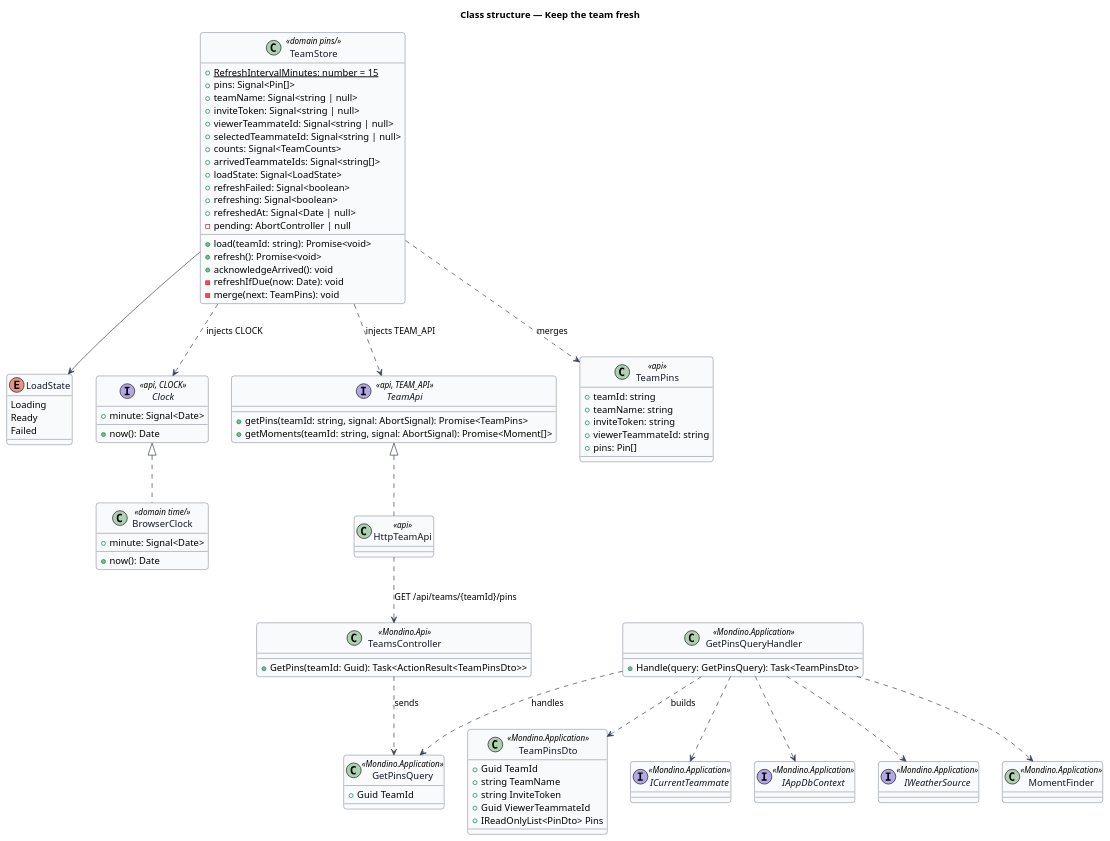
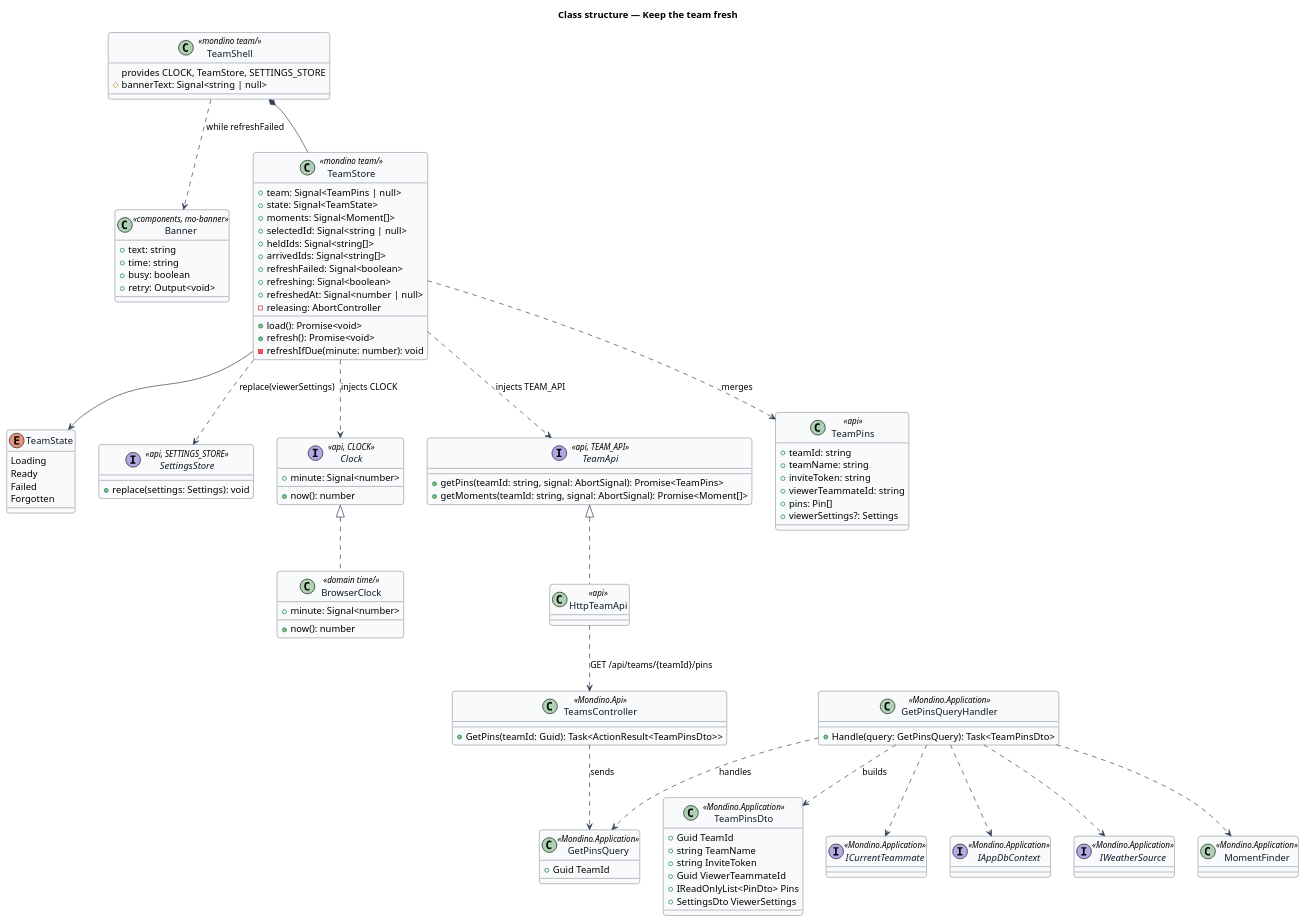
One commit to QuinntyneBrown/Mondino changed the diagram in docs/detailed-designs/team/keep-team-fresh/diagrams/class-structure.puml. Above: the diagram before and after it, drawn with PlantUML. The commit also changed 12 other files, not shown here.

First line of the commit message:
Design the quiet refresh on one shell clock, with the viewer's settings in the pins

```diff
--- a/docs/detailed-designs/team/keep-team-fresh/diagrams/class-structure.puml
+++ b/docs/detailed-designs/team/keep-team-fresh/diagrams/class-structure.puml
@@ -1,105 +1,122 @@
 @startuml
 skinparam backgroundColor #FFFFFF
 skinparam shadowing false
 skinparam roundcorner 8
 skinparam defaultFontName Arial
 skinparam ArrowColor #344054
 skinparam class {
   BorderColor #344054
   FontColor #101828
   BackgroundColor #F9FAFB
 }
 title Class structure — Keep the team fresh
 
-class TeamStore <<domain pins/>> {
-  +{static} RefreshIntervalMinutes: number = 15
-  +pins: Signal<Pin[]>
-  +teamName: Signal<string | null>
-  +inviteToken: Signal<string | null>
-  +viewerTeammateId: Signal<string | null>
-  +selectedTeammateId: Signal<string | null>
-  +counts: Signal<TeamCounts>
-  +arrivedTeammateIds: Signal<string[]>
-  +loadState: Signal<LoadState>
+class TeamShell <<mondino team/>> {
+  provides CLOCK, TeamStore, SETTINGS_STORE
+  #bannerText: Signal<string | null>
+}
+
+class Banner <<components, mo-banner>> {
+  +text: string
+  +time: string
+  +busy: boolean
+  +retry: Output<void>
+}
+
+class TeamStore <<mondino team/>> {
+  +team: Signal<TeamPins | null>
+  +state: Signal<TeamState>
+  +moments: Signal<Moment[]>
+  +selectedId: Signal<string | null>
+  +heldIds: Signal<string[]>
+  +arrivedIds: Signal<string[]>
   +refreshFailed: Signal<boolean>
   +refreshing: Signal<boolean>
-  +refreshedAt: Signal<Date | null>
-  -pending: AbortController | null
-  +load(teamId: string): Promise<void>
+  +refreshedAt: Signal<number | null>
+  -releasing: AbortController
+  +load(): Promise<void>
   +refresh(): Promise<void>
-  +acknowledgeArrived(): void
-  -refreshIfDue(now: Date): void
-  -merge(next: TeamPins): void
+  -refreshIfDue(minute: number): void
 }
 
-enum LoadState {
+enum TeamState {
   Loading
   Ready
   Failed
+  Forgotten
+}
+
+interface SettingsStore <<api, SETTINGS_STORE>> {
+  +replace(settings: Settings): void
 }
 
 interface Clock <<api, CLOCK>> {
-  +now(): Date
-  +minute: Signal<Date>
+  +now(): number
+  +minute: Signal<number>
 }
 
 class BrowserClock <<domain time/>> {
-  +now(): Date
-  +minute: Signal<Date>
+  +now(): number
+  +minute: Signal<number>
 }
 
 interface TeamApi <<api, TEAM_API>> {
   +getPins(teamId: string, signal: AbortSignal): Promise<TeamPins>
   +getMoments(teamId: string, signal: AbortSignal): Promise<Moment[]>
 }
 
 class HttpTeamApi <<api>>
 
 class TeamPins <<api>> {
   +teamId: string
   +teamName: string
   +inviteToken: string
   +viewerTeammateId: string
   +pins: Pin[]
+  +viewerSettings?: Settings
 }
 
 class TeamsController <<Mondino.Api>> {
   +GetPins(teamId: Guid): Task<ActionResult<TeamPinsDto>>
 }
 
 class GetPinsQuery <<Mondino.Application>> {
   +Guid TeamId
 }
 
 class GetPinsQueryHandler <<Mondino.Application>> {
   +Handle(query: GetPinsQuery): Task<TeamPinsDto>
 }
 
 class TeamPinsDto <<Mondino.Application>> {
   +Guid TeamId
   +string TeamName
   +string InviteToken
   +Guid ViewerTeammateId
   +IReadOnlyList<PinDto> Pins
+  +SettingsDto ViewerSettings
 }
 
 interface ICurrentTeammate <<Mondino.Application>>
 interface IAppDbContext <<Mondino.Application>>
 interface IWeatherSource <<Mondino.Application>>
 class MomentFinder <<Mondino.Application>>
 
 Clock <|.. BrowserClock
 TeamApi <|.. HttpTeamApi
 TeamStore ..> Clock : injects CLOCK
 TeamStore ..> TeamApi : injects TEAM_API
-TeamStore --> LoadState
+TeamStore --> TeamState
+TeamStore ..> SettingsStore : replace(viewerSettings)
+TeamShell *-- TeamStore
+TeamShell ..> Banner : while refreshFailed
 TeamStore ..> TeamPins : merges
 HttpTeamApi ..> TeamsController : GET /api/teams/{teamId}/pins
 TeamsController ..> GetPinsQuery : sends
 GetPinsQueryHandler ..> GetPinsQuery : handles
 GetPinsQueryHandler ..> TeamPinsDto : builds
 GetPinsQueryHandler ..> ICurrentTeammate
 GetPinsQueryHandler ..> IAppDbContext
 GetPinsQueryHandler ..> IWeatherSource
 GetPinsQueryHandler ..> MomentFinder
 @enduml
```
